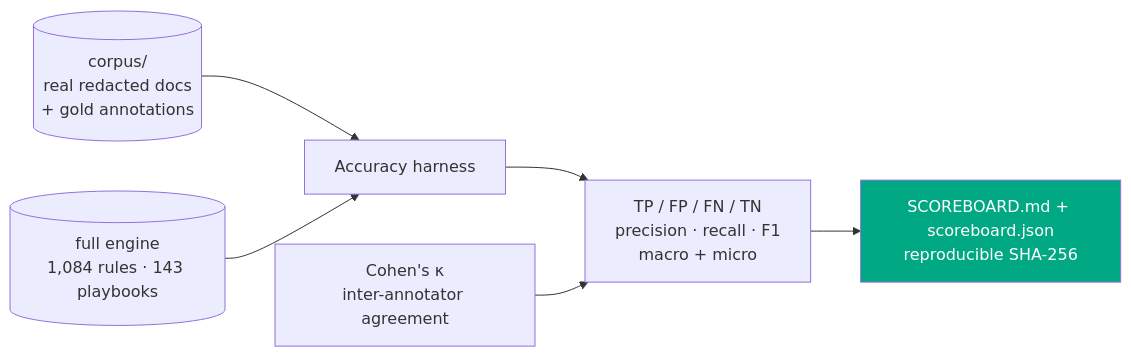
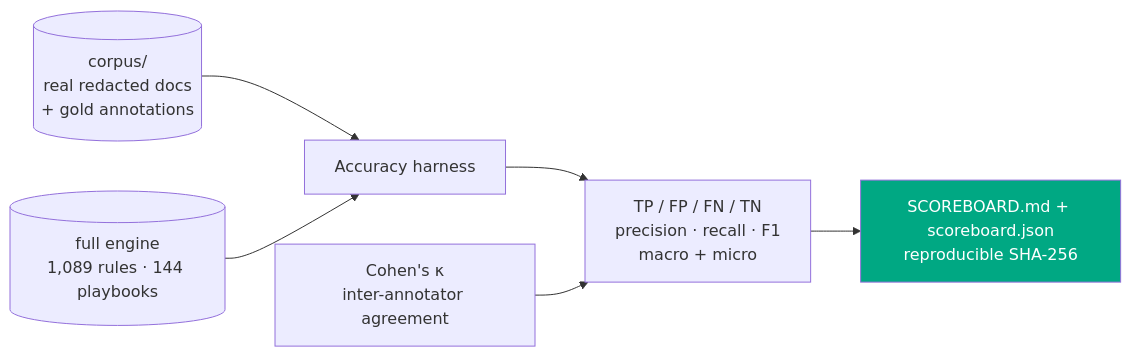
One commit to clay-good/vaulytica changed the seventh of 11 diagrams in README.md. Above: the diagram before and after it, drawn with Mermaid. The commit also changed other lines of this file and 98 other files, not shown here.

````diff
--- a/README.md
+++ b/README.md
@@ -1204,9 +1204,9 @@
 ```mermaid
 flowchart LR
   C[(corpus/<br/>real redacted docs<br/>+ gold annotations)] --> H[Accuracy harness]
-  R[(full engine<br/>1,084 rules · 143 playbooks)] --> H
+  R[(full engine<br/>1,089 rules · 144 playbooks)] --> H
   H --> M[TP / FP / FN / TN<br/>precision · recall · F1<br/>macro + micro]
   M --> S[SCOREBOARD.md + scoreboard.json<br/>reproducible SHA-256]
   K[Cohen's κ<br/>inter-annotator agreement] --> M
   style S fill:#00A883,color:#fff
 ```
````
